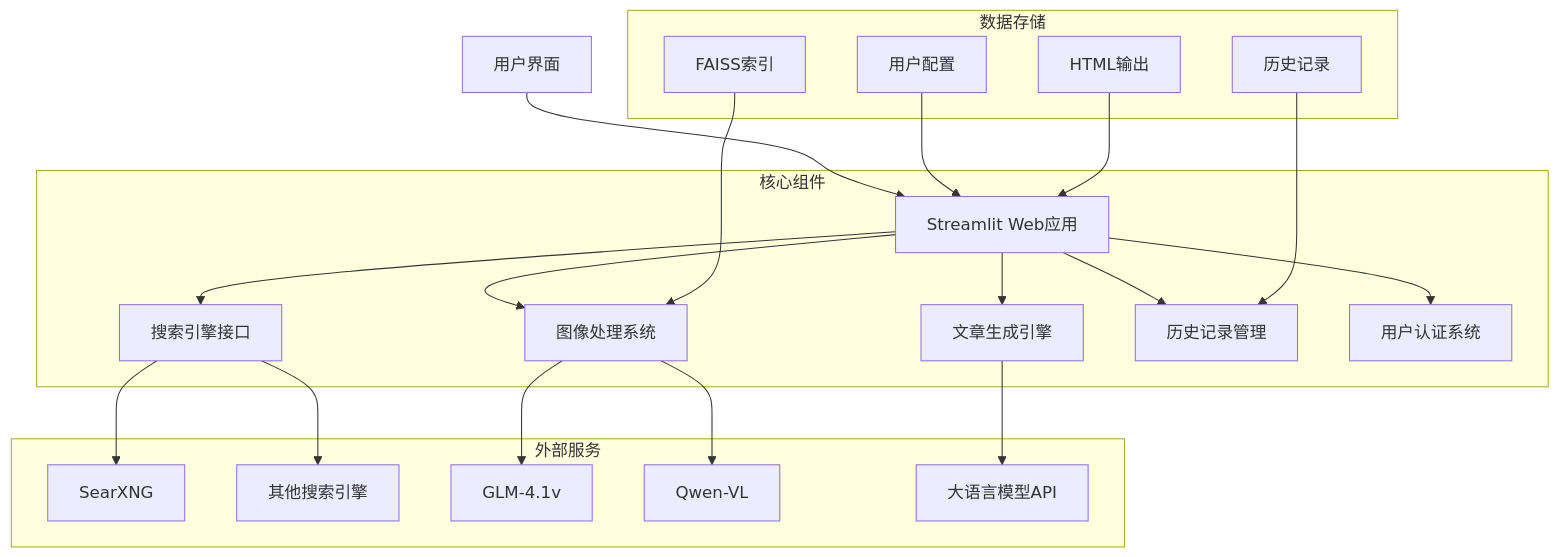
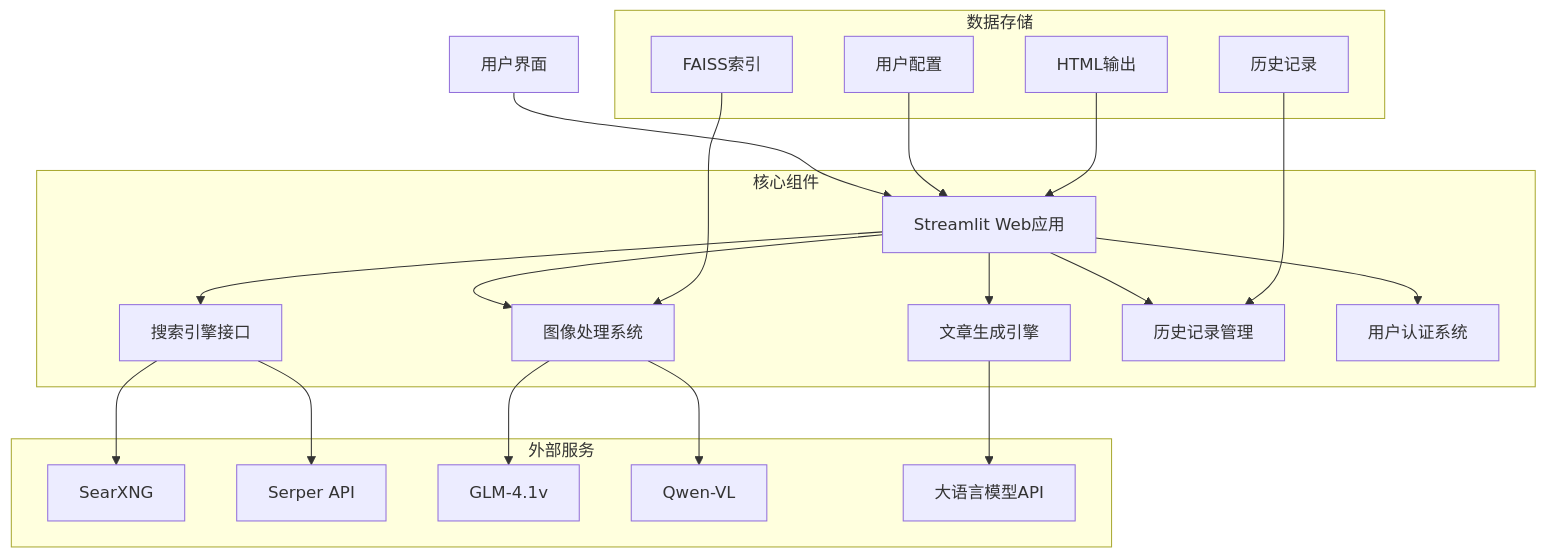
The second of 2 diagrams in README.md (Minokun/supawriter), drawn with Mermaid before and after one commit. The commit also changed other lines of this file and 7 other files, not shown here.

````diff
--- a/README.md
+++ b/README.md
@@ -114,27 +127,27 @@
 ```mermaid
 graph TD
     A[用户界面] --> B[Streamlit Web应用]
     
     subgraph 核心组件
         B --> C[文章生成引擎]
         B --> D[搜索引擎接口]
         B --> E[图像处理系统]
         B --> F[历史记录管理]
         B --> G[用户认证系统]
     end
     
     subgraph 外部服务
         D --> H[SearXNG]
-        D --> I[其他搜索引擎]
+        D --> I[Serper API]
         E --> J[GLM-4.1v]
         E --> K[Qwen-VL]
         C --> L[大语言模型API]
     end
     
     subgraph 数据存储
         M[FAISS索引] --> E
         N[用户配置] --> B
         O[历史记录] --> F
         P[HTML输出] --> B
     end
 ```
````
